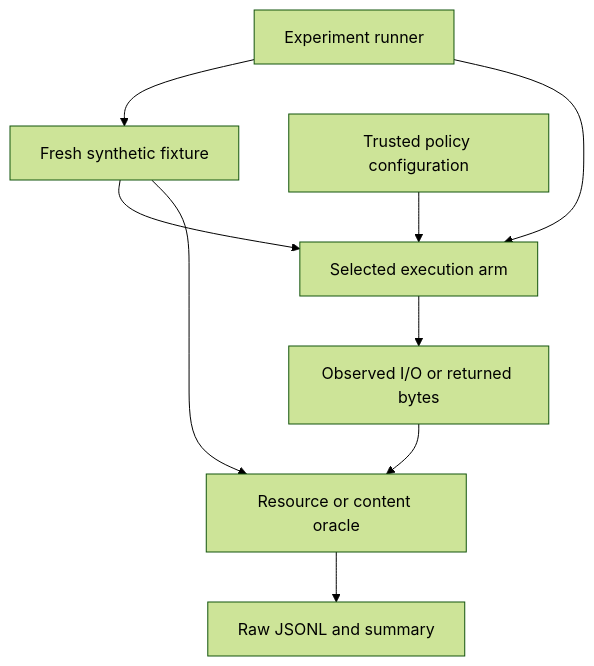
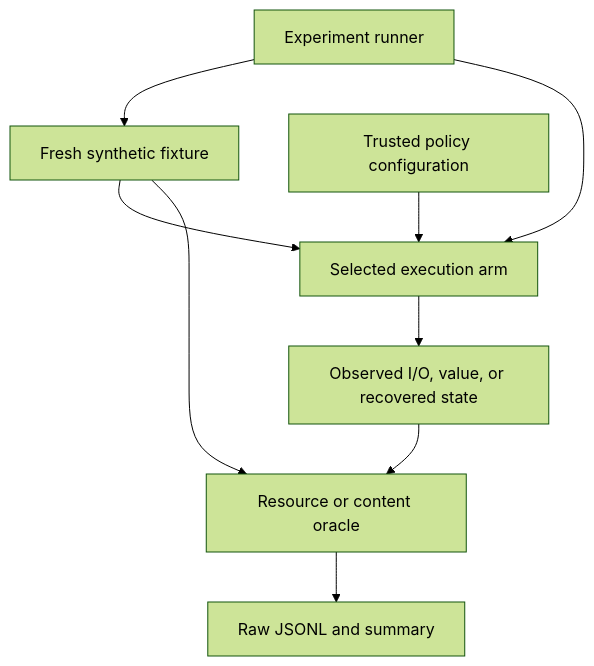
The diagram in README.md (hylen707/AI-agentic-Code-Guardian-Cybersecurity), drawn with Mermaid (forest theme) before and after one commit. The commit also changed other lines of this file and 21 other files, not shown here.

````diff
--- a/README.md
+++ b/README.md
@@ -53,11 +53,11 @@
 ```mermaid
 flowchart TD
     H["Experiment runner"] --> F["Fresh synthetic fixture"]
     H --> A["Selected execution arm"]
     P["Trusted policy configuration"] --> A
     F --> A
-    A --> O["Observed I/O or returned bytes"]
+    A --> O["Observed I/O, value, or recovered state"]
     F --> Q["Resource or content oracle"]
     O --> Q
     Q --> R["Raw JSONL and summary"]
 ```
````
